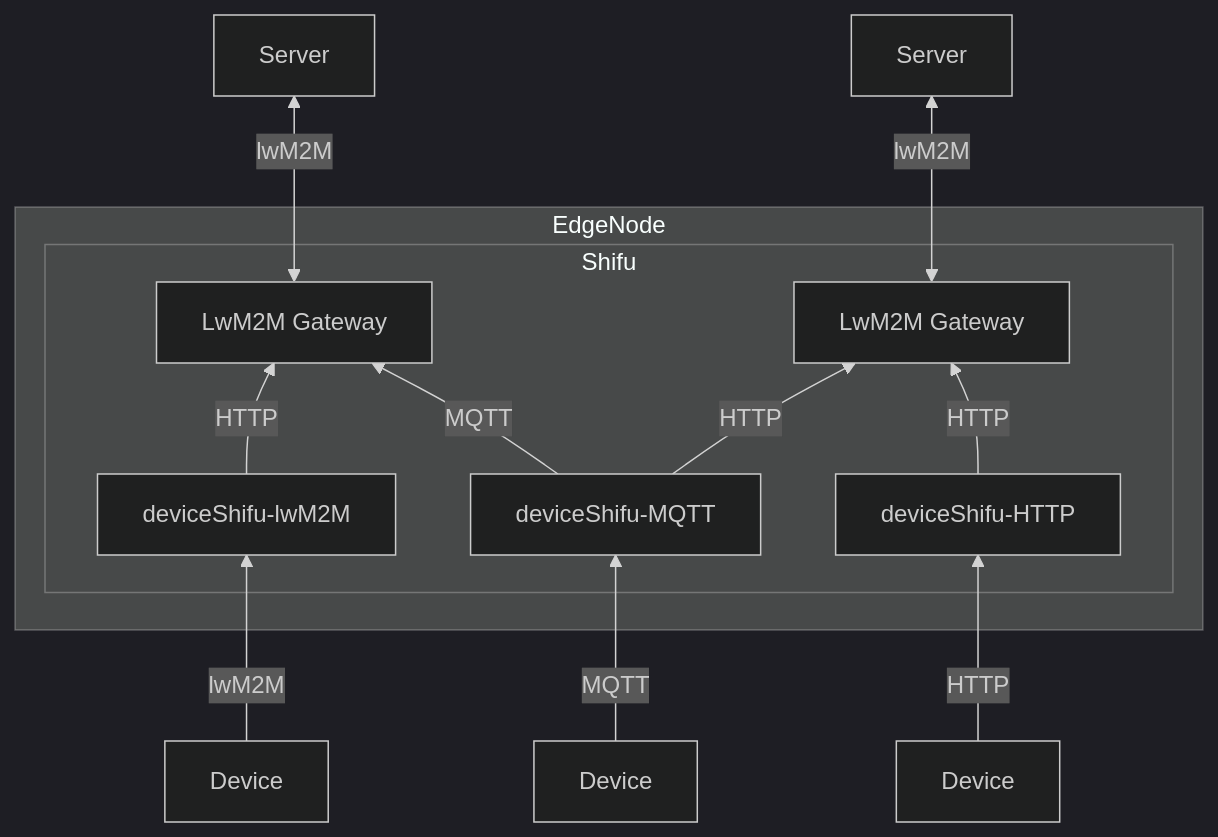
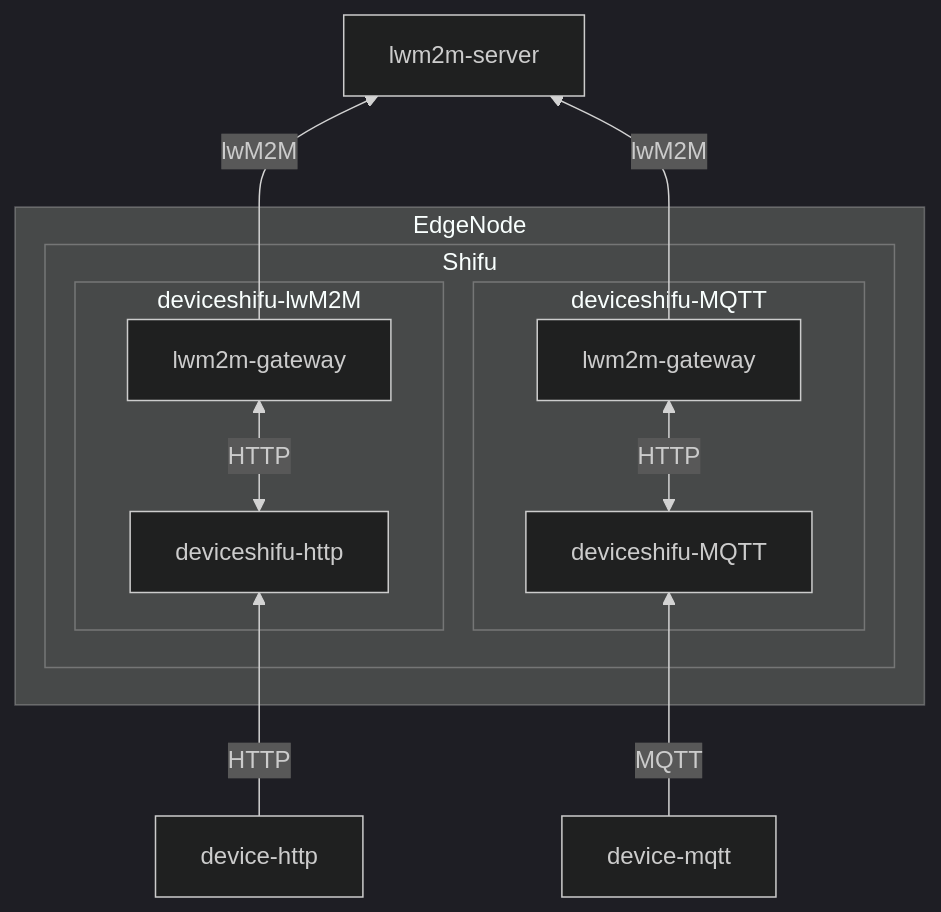
One commit to Edgenesis/shifu changed the first of 2 diagrams in docs/design/gateway/lwM2M-gateway.md. Above: the diagram before and after it, drawn with Mermaid (dark theme). The commit also changed other lines of this file, not shown here.

Commit message:
update gateway design

````diff
--- a/docs/design/gateway/lwM2M-gateway.md
+++ b/docs/design/gateway/lwM2M-gateway.md
@@ -35,37 +35,31 @@
 ```mermaid
 flowchart BT
-s1[Server]
-s2[Server]
+
+ls[lwm2m-server]
 
 subgraph EdgeNode
     subgraph Shifu
-        gw1[LwM2M Gateway]
-        gw2[LwM2M Gateway]
-
-        ds1[deviceShifu-lwM2M]
-        ds2[deviceShifu-MQTT]
-        ds3[deviceShifu-HTTP]
-
+      subgraph ds1[deviceshifu-lwM2M]
+          dsh[deviceshifu-http]
+          gl1[lwm2m-gateway]
+          dsh <-->|HTTP| gl1
+      end
+      subgraph ds2[deviceshifu-MQTT]
+          dsm[deviceshifu-MQTT]
+          gl2[lwm2m-gateway]
+          dsm <-->|HTTP| gl2
+      end
     end
 end
 
-d1[Device]
-d2[Device]
-d3[Device]
+
+dh[device-http]
+dm[device-mqtt]
 
 
+dh -->|HTTP| dsh
+gl1 -->|lwM2M| ls
 
-d1 -->|lwM2M| ds1 -->|HTTP| gw1 
-ds2 -->|MQTT| gw1
-d2 -->|MQTT| ds2 -->|HTTP| gw2
-d3 -->|HTTP| ds3 -->|HTTP| gw2
-
-
-gw1 <-->|lwM2M| s1
-gw2 <-->|lwM2M| s2
-
-
-
-
-
+dm -->|MQTT| dsm
+gl2 -->|lwM2M| ls 
 ```
````
